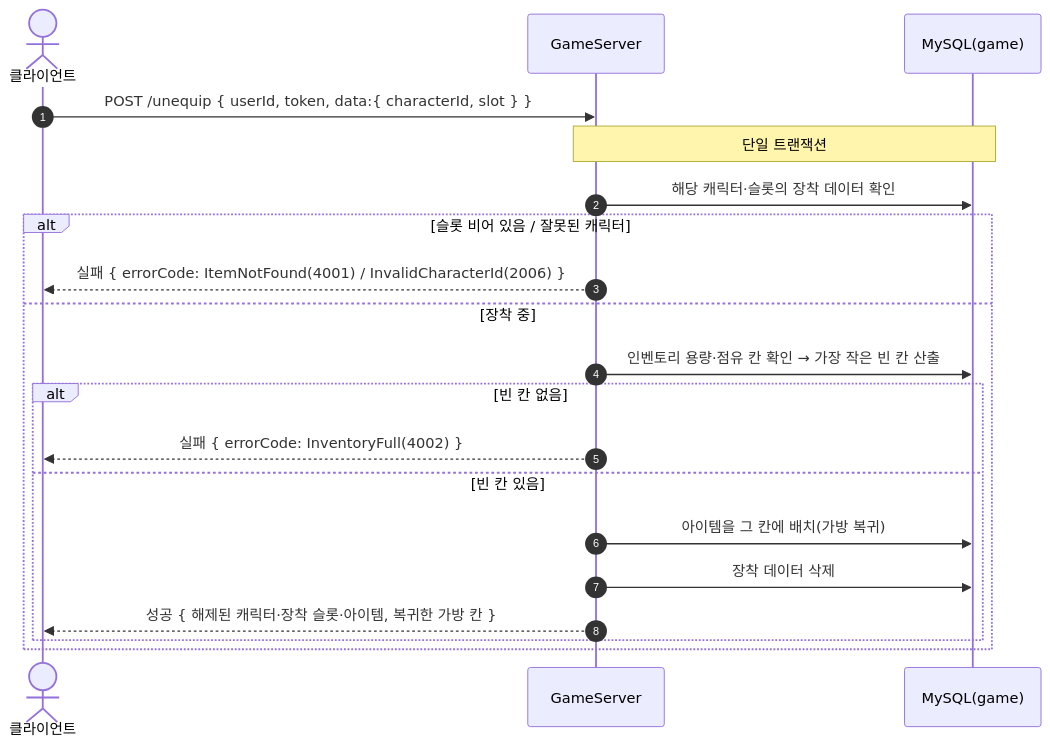
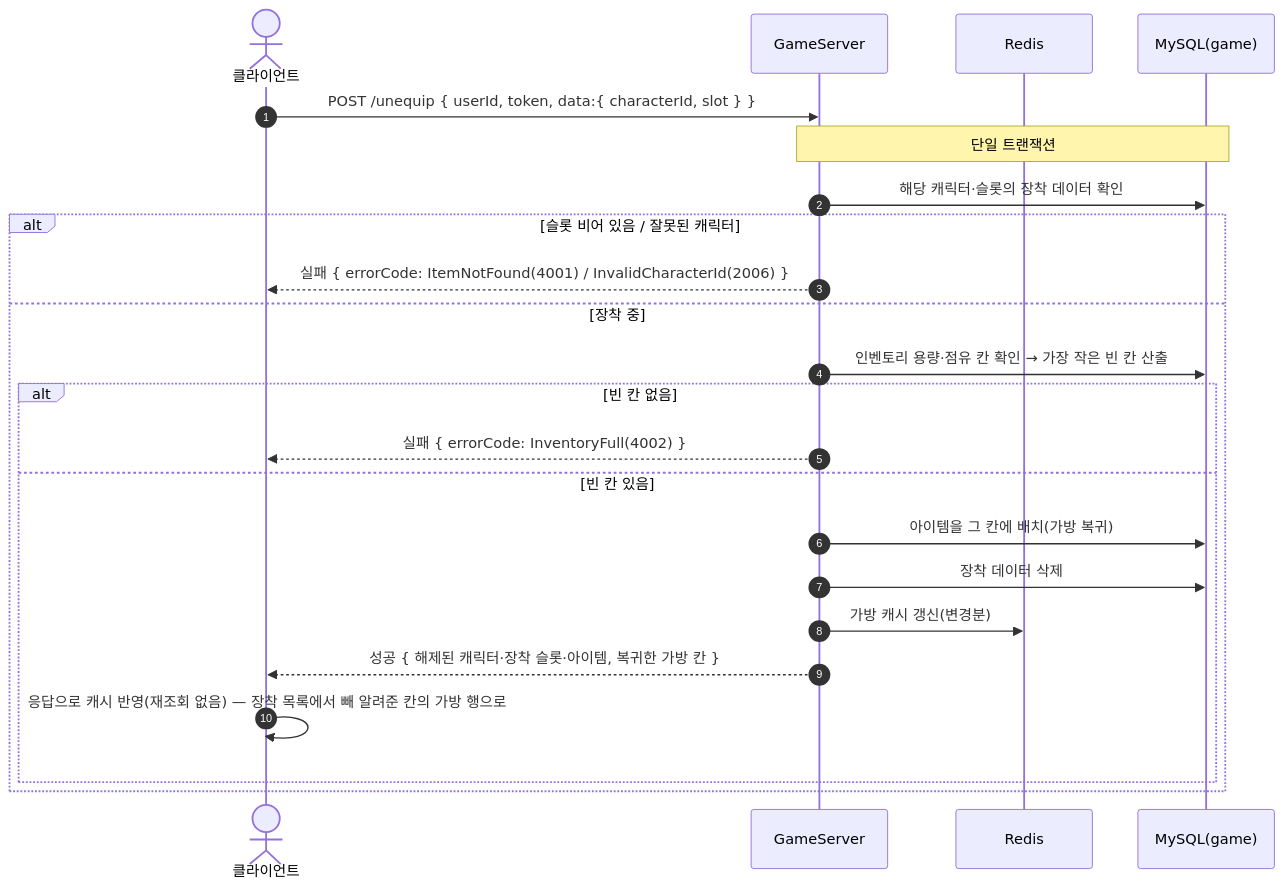
Diagram 13 of 35 in SequenceDiagram/README.md (ks-wook/com2us-taskbar-hero), drawn with Mermaid before and after one commit. The commit also changed other lines of this file and 13 other files, not shown here.

````diff
--- a/SequenceDiagram/README.md
+++ b/SequenceDiagram/README.md
@@ -430,23 +447,26 @@
 ```mermaid
 sequenceDiagram
     autonumber
     actor C as 클라이언트
     participant S as GameServer
+    participant R as Redis
     participant DB as MySQL(game)
 
     C->>S: POST /unequip { userId, token, data:{ characterId, slot } }
     Note over S,DB: 단일 트랜잭션
     S->>DB: 해당 캐릭터·슬롯의 장착 데이터 확인
     alt 슬롯 비어 있음 / 잘못된 캐릭터
         S-->>C: 실패 { errorCode: ItemNotFound(4001) / InvalidCharacterId(2006) }
     else 장착 중
         S->>DB: 인벤토리 용량·점유 칸 확인 → 가장 작은 빈 칸 산출
         alt 빈 칸 없음
             S-->>C: 실패 { errorCode: InventoryFull(4002) }
         else 빈 칸 있음
             S->>DB: 아이템을 그 칸에 배치(가방 복귀)
             S->>DB: 장착 데이터 삭제
+            S->>R: 가방 캐시 갱신(변경분)
             S-->>C: 성공 { 해제된 캐릭터·장착 슬롯·아이템, 복귀한 가방 칸 }
+            C->>C: 응답으로 캐시 반영(재조회 없음) — 장착 목록에서 빼 알려준 칸의 가방 행으로
         end
     end
 ```
````
